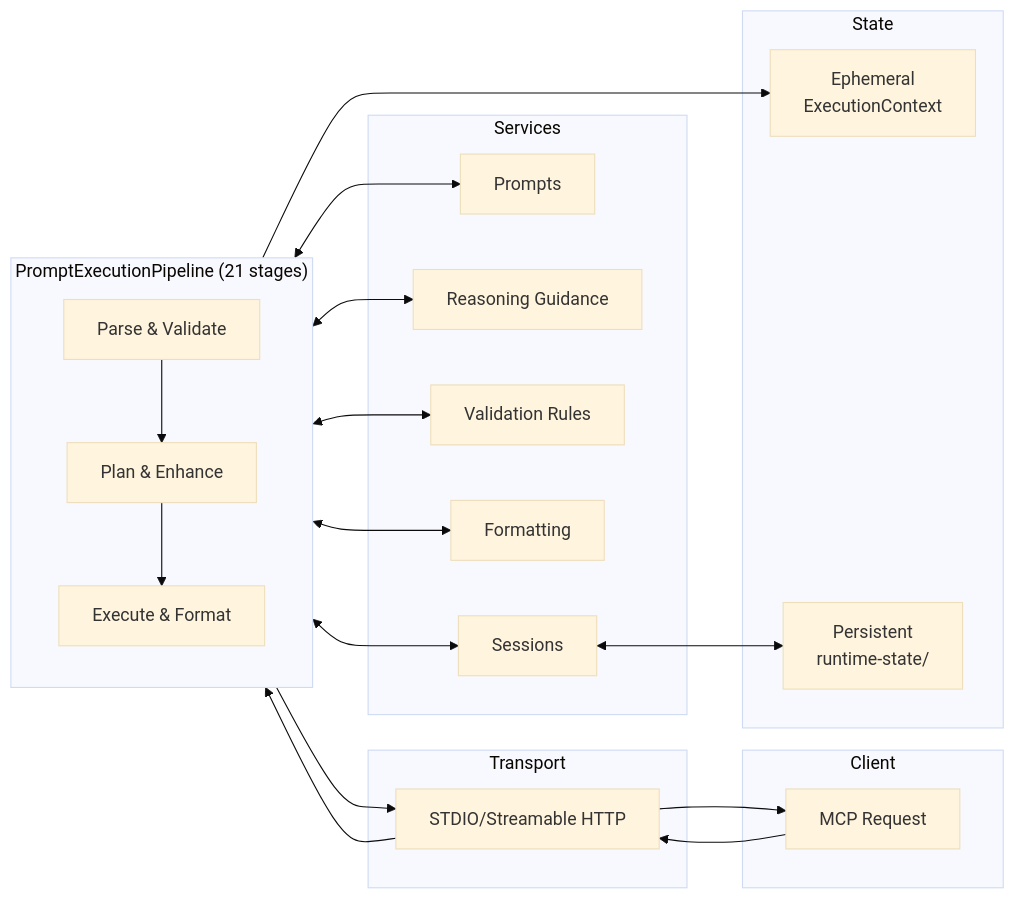
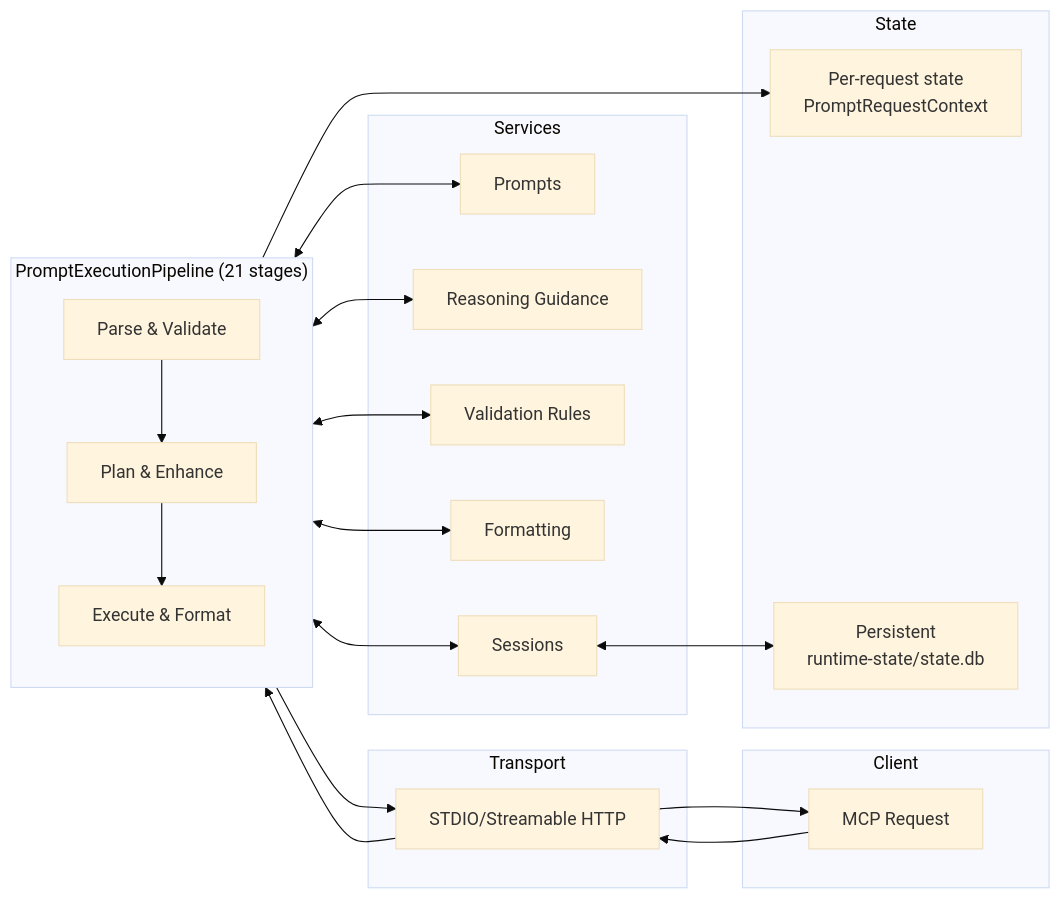
The first of 2 diagrams in docs/architecture/overview.md (minipuft/claude-prompts-mcp), drawn with Mermaid (base theme) before and after one commit. The commit also changed other lines of this file and 154 other files, not shown here.

First line of the commit message:
refactor(execution): the pipeline's per-request state is named PromptRequestContext (#500)

````diff
--- a/docs/architecture/overview.md
+++ b/docs/architecture/overview.md
@@ -29,37 +29,37 @@
 ```mermaid
 flowchart LR
     subgraph Client
         A[MCP Request]
     end
 
     subgraph Transport
         B[STDIO/Streamable HTTP]
     end
 
     subgraph Pipeline["PromptExecutionPipeline (21 stages)"]
         direction TB
         C1[Parse & Validate]
         C2[Plan & Enhance]
         C3[Execute & Format]
     end
 
     subgraph Services
         D1[Prompts]
         D2[Reasoning Guidance]
         D3[Validation Rules]
         D4[Formatting]
         D5[Sessions]
     end
 
     subgraph State
-        E1[Ephemeral<br/>ExecutionContext]
-        E2[Persistent<br/>runtime-state/]
+        E1[Per-request state<br/>PromptRequestContext]
+        E2[Persistent<br/>runtime-state/state.db]
     end
 
     A --> B --> Pipeline
     C1 --> C2 --> C3
     Pipeline <--> D1 & D2 & D3 & D4 & D5
     D5 <--> E2
     Pipeline --> E1
     C3 --> B --> A
 ```
````
